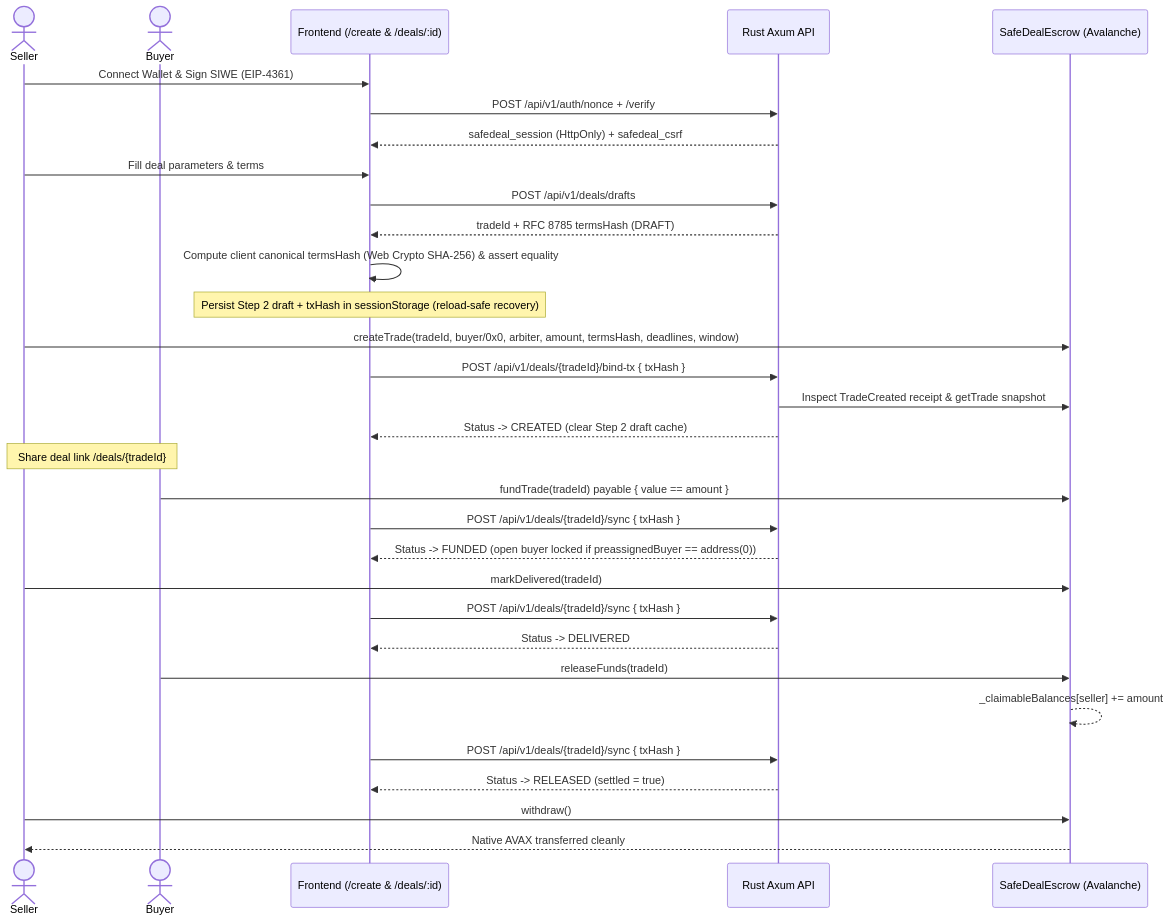
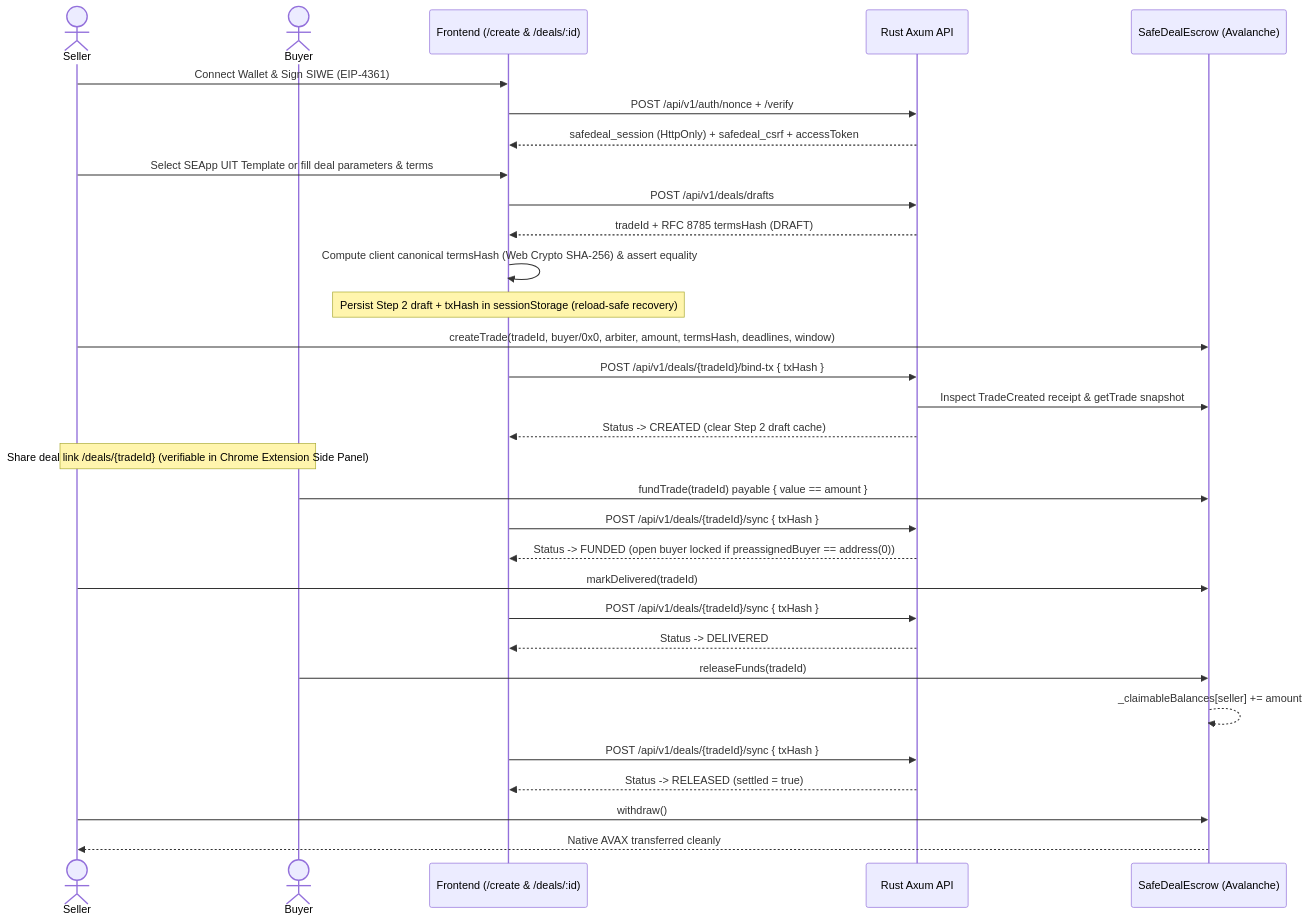
Before and after one commit to hienpham0344/SafeDeal: the first of 2 diagrams in docs/05-business-flows.md, drawn with Mermaid. The commit also changed other lines of this file and 17 other files, not shown here.

Commit message:
docs(seapp): align docs with rust/2-of-3 architecture and add seapp uit kit

````diff
--- a/docs/05-business-flows.md
+++ b/docs/05-business-flows.md
@@ -5,40 +5,40 @@
 ```mermaid
 sequenceDiagram
     actor Seller
     actor Buyer
     participant FE as Frontend (/create & /deals/:id)
     participant API as Rust Axum API
     participant SC as SafeDealEscrow (Avalanche)
 
     Seller->>FE: Connect Wallet & Sign SIWE (EIP-4361)
     FE->>API: POST /api/v1/auth/nonce + /verify
-    API-->>FE: safedeal_session (HttpOnly) + safedeal_csrf
+    API-->>FE: safedeal_session (HttpOnly) + safedeal_csrf + accessToken
 
-    Seller->>FE: Fill deal parameters & terms
+    Seller->>FE: Select SEApp UIT Template or fill deal parameters & terms
     FE->>API: POST /api/v1/deals/drafts
     API-->>FE: tradeId + RFC 8785 termsHash (DRAFT)
     FE->>FE: Compute client canonical termsHash (Web Crypto SHA-256) & assert equality
     Note over FE: Persist Step 2 draft + txHash in sessionStorage (reload-safe recovery)
 
     Seller->>SC: createTrade(tradeId, buyer/0x0, arbiter, amount, termsHash, deadlines, window)
     FE->>API: POST /api/v1/deals/{tradeId}/bind-tx { txHash }
     API->>SC: Inspect TradeCreated receipt & getTrade snapshot
     API-->>FE: Status -> CREATED (clear Step 2 draft cache)
 
-    Note over Seller,Buyer: Share deal link /deals/{tradeId}
+    Note over Seller,Buyer: Share deal link /deals/{tradeId} (verifiable in Chrome Extension Side Panel)
     Buyer->>SC: fundTrade(tradeId) payable { value == amount }
     FE->>API: POST /api/v1/deals/{tradeId}/sync { txHash }
     API-->>FE: Status -> FUNDED (open buyer locked if preassignedBuyer == address(0))
 
     Seller->>SC: markDelivered(tradeId)
     FE->>API: POST /api/v1/deals/{tradeId}/sync { txHash }
     API-->>FE: Status -> DELIVERED
 
     Buyer->>SC: releaseFunds(tradeId)
     SC-->>SC: _claimableBalances[seller] += amount
     FE->>API: POST /api/v1/deals/{tradeId}/sync { txHash }
     API-->>FE: Status -> RELEASED (settled = true)
 
     Seller->>SC: withdraw()
     SC-->>Seller: Native AVAX transferred cleanly
 ```
````
